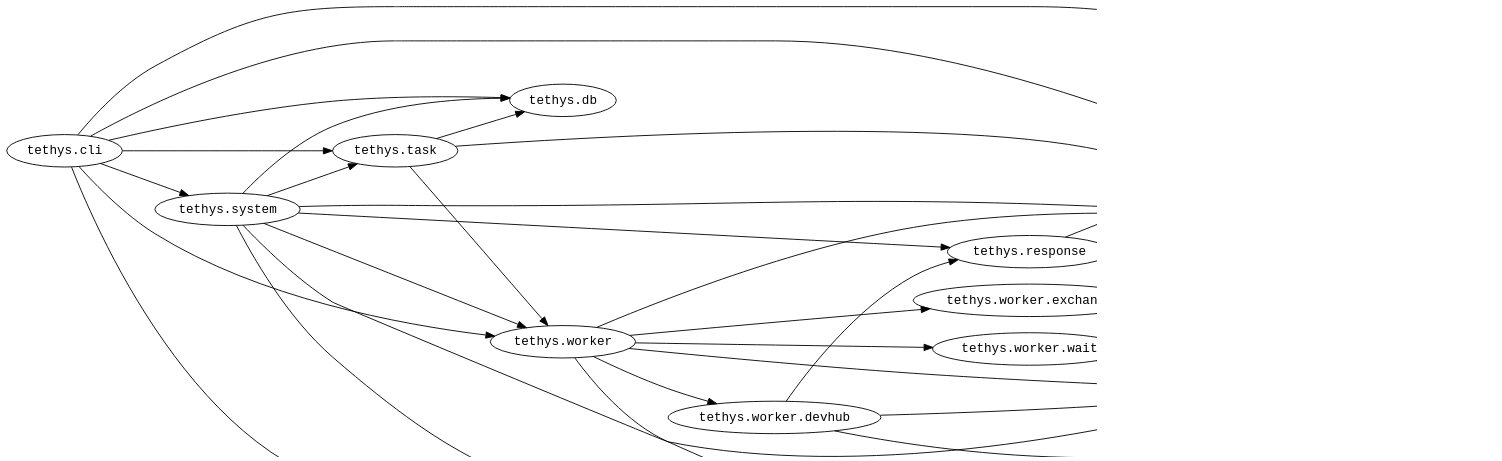
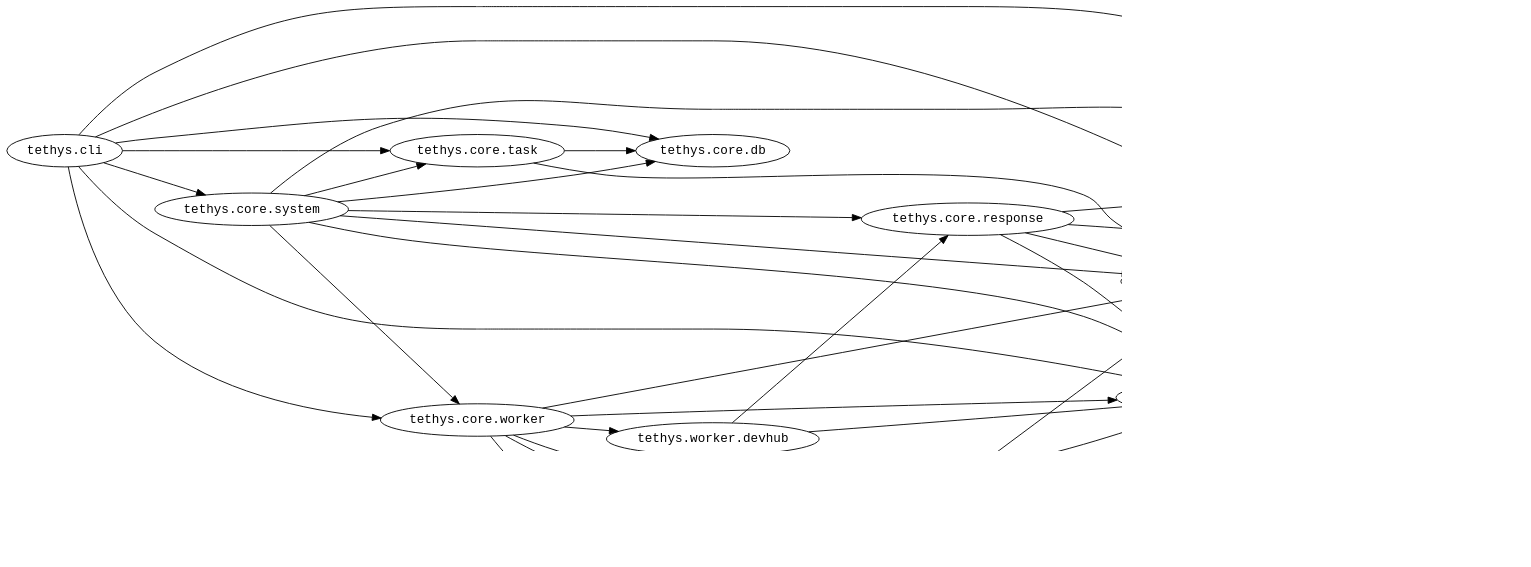
Before and after one commit to wactbprot/tethys: the diagram in namespaces.dot, drawn with Graphviz. The commit also changed 1 other file, not shown here.

```diff
--- a/namespaces.dot
+++ b/namespaces.dot
@@ -1,55 +1,54 @@
 digraph {
 graph[dpi=100, rankdir=LR]
 node[fontname="Monospace"]
 edge[fontname="Monospace"]
 
-node1570[label="tethys.docs", style=solid]
-node1571[label="tethys.system", style=solid]
-node1572[label="tethys.response", style=solid]
-node1573[label="tethys.cli", style=solid]
-node1574[label="tethys.task", style=solid]
-node1575[label="tethys.worker.wait", style=solid]
-node1576[label="tethys.worker.exchange", style=solid]
-node1577[label="tethys.exchange", style=solid]
-node1578[label="tethys.worker.devhub", style=solid]
-node1579[label="tethys.db", style=solid]
-node1580[label="tethys.model", style=solid]
-node1581[label="tethys.scheduler", style=solid]
-node1582[label="tethys.worker", style=solid]
-node1570 -> node1580[label=""]
-node1571 -> node1572[label=""]
-node1571 -> node1574[label=""]
-node1571 -> node1577[label=""]
-node1571 -> node1579[label=""]
-node1571 -> node1580[label=""]
-node1571 -> node1581[label=""]
-node1571 -> node1582[label=""]
-node1572 -> node1570[label=""]
-node1572 -> node1577[label=""]
-node1572 -> node1580[label=""]
-node1572 -> node1581[label=""]
-node1573 -> node1570[label=""]
+node1570[label="tethys.core.db", style=solid]
+node1571[label="tethys.core.scheduler", style=solid]
+node1572[label="tethys.core.exchange", style=solid]
+node1573[label="tethys.core.worker", style=solid]
+node1574[label="tethys.cli", style=solid]
+node1575[label="tethys.core.model", style=solid]
+node1576[label="tethys.worker.wait", style=solid]
+node1577[label="tethys.core.task", style=solid]
+node1578[label="tethys.worker.exchange", style=solid]
+node1579[label="tethys.core.response", style=solid]
+node1580[label="tethys.core.docs", style=solid]
+node1581[label="tethys.worker.devhub", style=solid]
+node1582[label="tethys.core.system", style=solid]
 node1573 -> node1571[label=""]
-node1573 -> node1574[label=""]
-node1573 -> node1579[label=""]
-node1573 -> node1580[label=""]
+node1573 -> node1572[label=""]
+node1573 -> node1575[label=""]
+node1573 -> node1576[label=""]
+node1573 -> node1578[label=""]
 node1573 -> node1581[label=""]
-node1573 -> node1582[label=""]
+node1574 -> node1570[label=""]
+node1574 -> node1571[label=""]
+node1574 -> node1573[label=""]
+node1574 -> node1575[label=""]
 node1574 -> node1577[label=""]
-node1574 -> node1579[label=""]
+node1574 -> node1580[label=""]
 node1574 -> node1582[label=""]
-node1575 -> node1580[label=""]
-node1575 -> node1581[label=""]
-node1576 -> node1577[label=""]
-node1576 -> node1580[label=""]
-node1576 -> node1581[label=""]
+node1576 -> node1571[label=""]
+node1576 -> node1575[label=""]
+node1577 -> node1570[label=""]
+node1577 -> node1572[label=""]
+node1578 -> node1571[label=""]
 node1578 -> node1572[label=""]
-node1578 -> node1580[label=""]
-node1578 -> node1581[label=""]
+node1578 -> node1575[label=""]
+node1579 -> node1571[label=""]
+node1579 -> node1572[label=""]
+node1579 -> node1575[label=""]
+node1579 -> node1580[label=""]
+node1580 -> node1575[label=""]
+node1581 -> node1571[label=""]
+node1581 -> node1575[label=""]
+node1581 -> node1579[label=""]
+node1582 -> node1570[label=""]
+node1582 -> node1571[label=""]
+node1582 -> node1572[label=""]
+node1582 -> node1573[label=""]
 node1582 -> node1575[label=""]
-node1582 -> node1576[label=""]
 node1582 -> node1577[label=""]
-node1582 -> node1578[label=""]
-node1582 -> node1580[label=""]
-node1582 -> node1581[label=""]
+node1582 -> node1579[label=""]
 }
```
